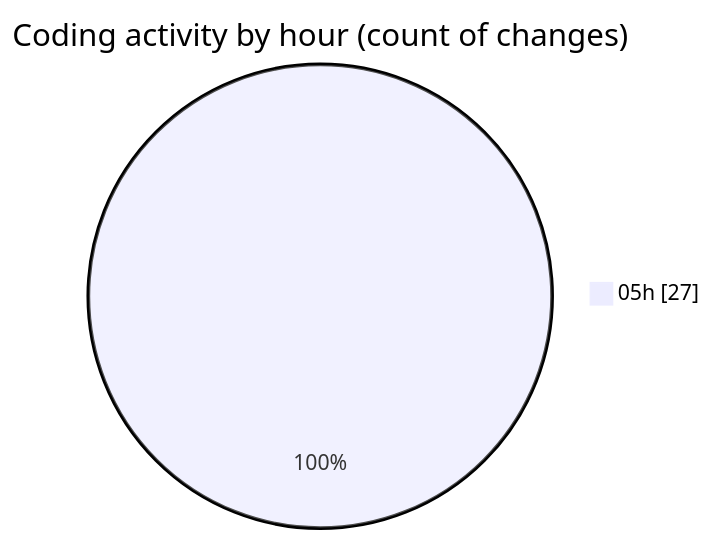
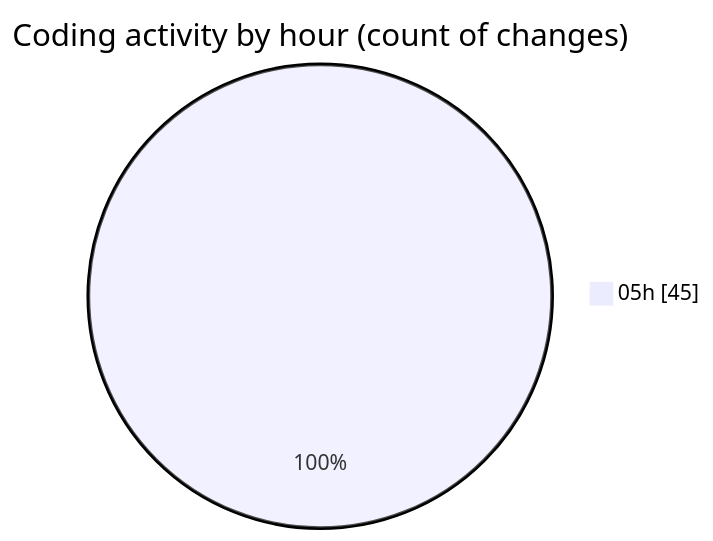
Before and after one commit to lephambinh05/code-tracking: the second of 2 diagrams in 2025-08-05/napxuvn/README.md, drawn with Mermaid. The commit also changed other lines of this file and 1 other file, not shown here.

````diff
--- a/2025-08-05/napxuvn/README.md
+++ b/2025-08-05/napxuvn/README.md
@@ -46,5 +56,5 @@
 ```mermaid
 pie showData
 title Coding activity by hour (count of changes)
-"05h" : 27
+"05h" : 45
 ```
````
